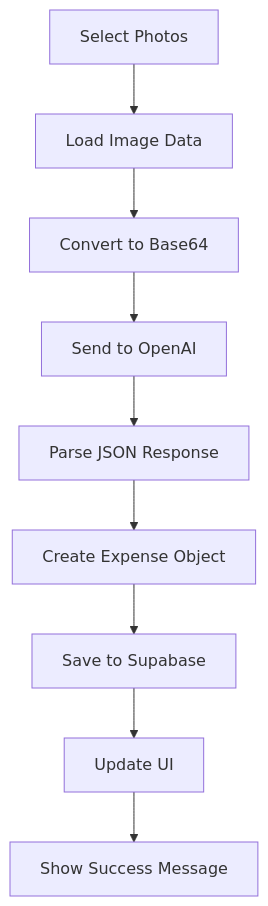
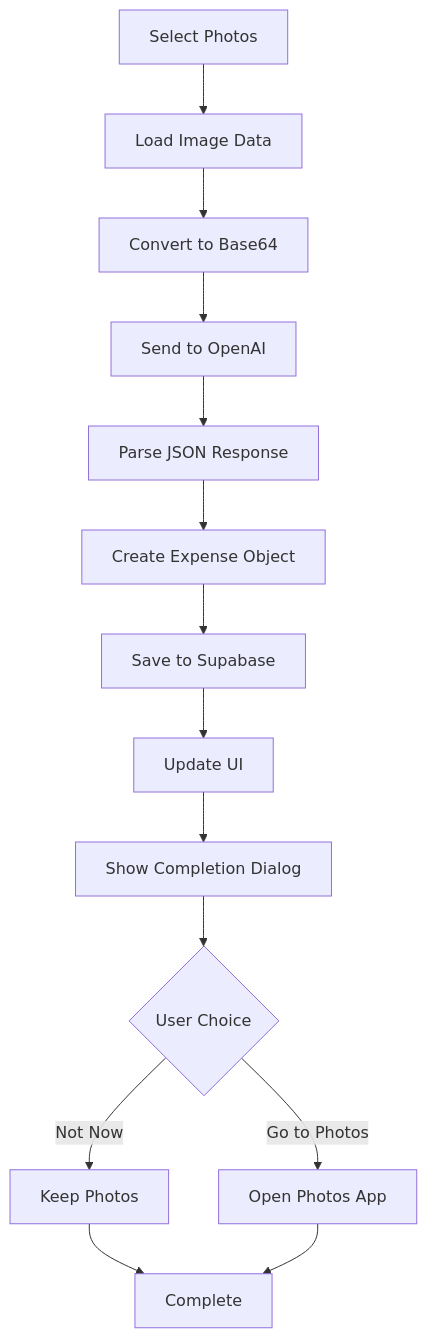
Before and after one commit to arpithpm/expense-manager: the second of 3 diagrams in DOCUMENTATION.md, drawn with Mermaid. The commit also changed other lines of this file and 3 other files, not shown here.

````diff
--- a/DOCUMENTATION.md
+++ b/DOCUMENTATION.md
@@ -555,11 +570,16 @@
 ```mermaid
 graph TD
     A[Select Photos] --> B[Load Image Data]
     B --> C[Convert to Base64]
     C --> D[Send to OpenAI]
     D --> E[Parse JSON Response]
     E --> F[Create Expense Object]
     F --> G[Save to Supabase]
     G --> H[Update UI]
-    H --> I[Show Success Message]
+    H --> I[Show Completion Dialog]
+    I --> J{User Choice}
+    J -->|Not Now| K[Keep Photos]
+    J -->|Go to Photos| L[Open Photos App]
+    K --> M[Complete]
+    L --> M
 ```
````
